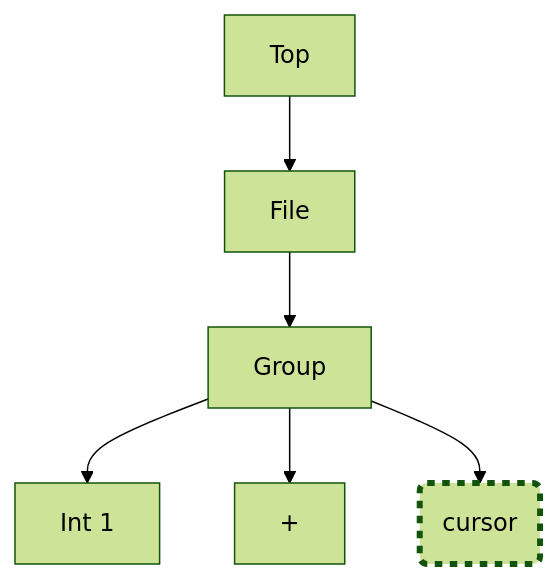
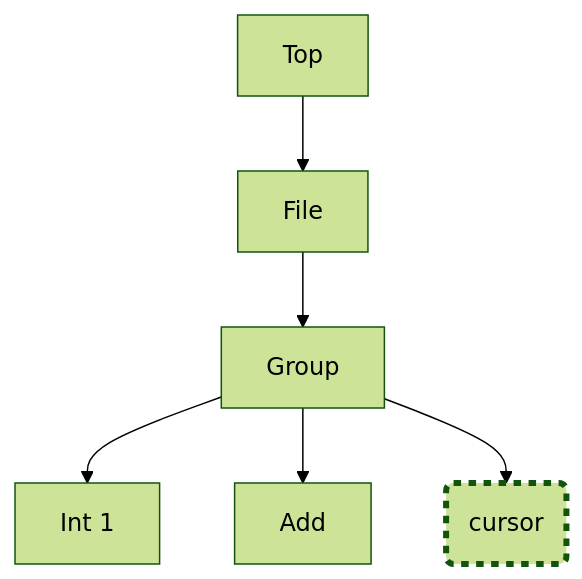
One commit to microsoft/Trieste changed diagram 11 of 27 in samples/infix/README.md. Above: the diagram before and after it, drawn with Mermaid (forest theme). The commit also changed other lines of this file, not shown here.

````diff
--- a/samples/infix/README.md
+++ b/samples/infix/README.md
@@ -485,9 +485,9 @@
 ``` mermaid
 graph TD;
   A[Top]-->B[File]
   B-->C[Group]
   C-->D[Int 1]
-  C-->E[+]
+  C-->E[Add]
   C-->F(cursor):::cursor
   classDef cursor stroke-width:4px,stroke-dasharray:5 5;
 ```
````
